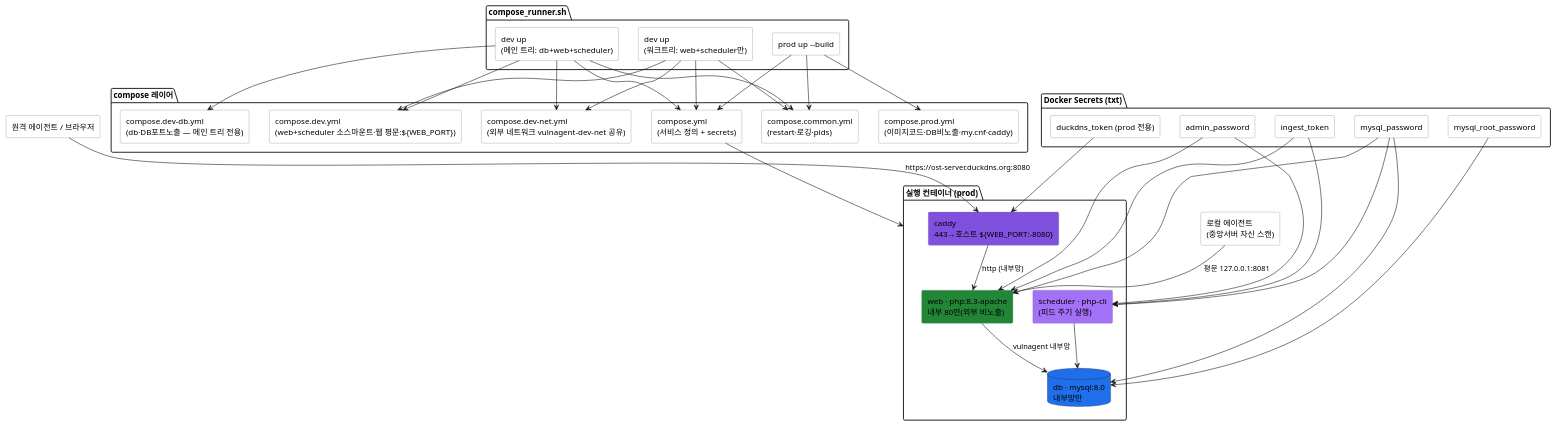
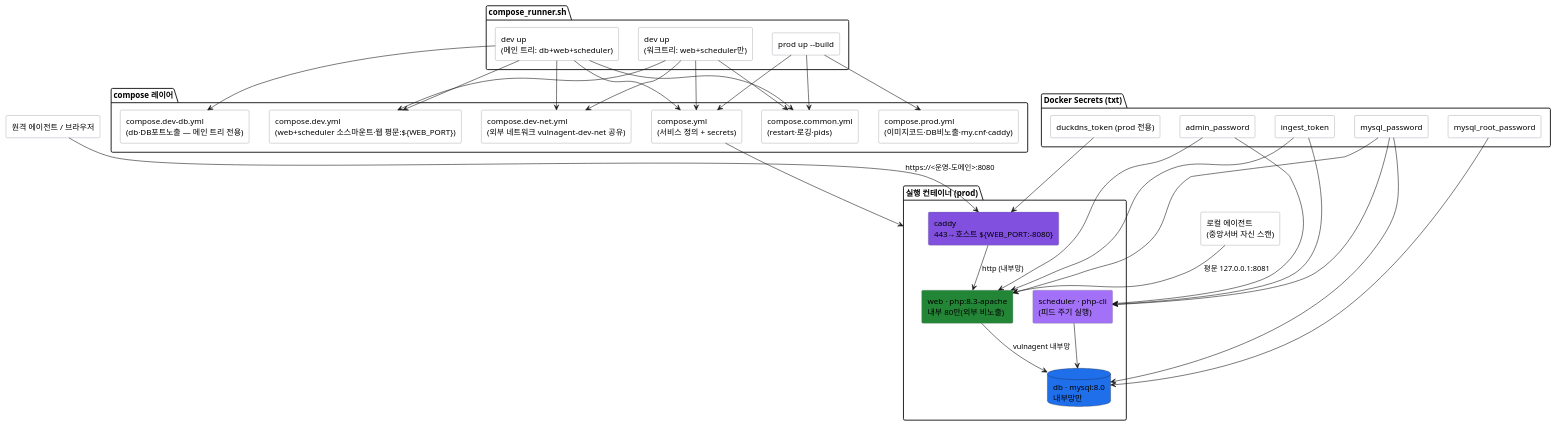
One commit to JeongDoWook/vuln-agent changed the diagram in docs/specs/diagrams/배포구성.puml. Above: the diagram before and after it, drawn with PlantUML. The commit also changed 15 other files, not shown here.

```diff
--- a/docs/specs/diagrams/배포구성.puml
+++ b/docs/specs/diagrams/배포구성.puml
@@ -1,78 +1,78 @@
 @startuml 배포구성
 ' vuln-agent §4 배포 구성 (dev / prod)
 ' 원본: docs/dev/architecture.md §4 (mermaid flowchart TB)
 
 skinparam rectangle {
     BackgroundColor #ffffff
     BorderColor #6e7681
 }
 skinparam databaseBackgroundColor #ffffff
 skinparam shadowing false
 
 package "compose_runner.sh" as Runner {
     rectangle "dev up\n(메인 트리: db+web+scheduler)" as R1
     rectangle "dev up\n(워크트리: web+scheduler만)" as R1W
     rectangle "prod up --build" as R2
 }
 
 package "compose 레이어" as Files {
     rectangle "compose.yml\n(서비스 정의 + secrets)" as F0
     rectangle "compose.common.yml\n(restart·로깅·pids)" as FC
     rectangle "compose.dev.yml\n(web+scheduler 소스마운트·웹 평문:${WEB_PORT})" as FD
     rectangle "compose.dev-db.yml\n(db·DB포트노출 — 메인 트리 전용)" as FDB
     rectangle "compose.dev-net.yml\n(외부 네트워크 vulnagent-dev-net 공유)" as FN
     rectangle "compose.prod.yml\n(이미지코드·DB비노출·my.cnf·caddy)" as FP
 }
 
 package "Docker Secrets (txt)" as Secrets {
     rectangle "mysql_root_password" as S1
     rectangle "mysql_password" as S2
     rectangle "ingest_token" as S3
     rectangle "admin_password" as S4
     rectangle "duckdns_token (prod 전용)" as S5
 }
 
 package "실행 컨테이너 (prod)" as Stack {
     rectangle "caddy\n443→호스트 ${WEB_PORT:-8080}" as CADDY #8250df
     rectangle "web · php:8.3-apache\n내부 80만(외부 비노출)" as WC #238636
     rectangle "scheduler · php-cli\n(피드 주기 실행)" as SCH #a371f7
     database "db · mysql:8.0\n내부망만" as DC #1f6feb
 }
 
 R1 --> F0
 R1 --> FC
 R1 --> FD
 R1 --> FDB
 R1 --> FN
 
 R1W --> F0
 R1W --> FC
 R1W --> FD
 R1W --> FN
 
 R2 --> F0
 R2 --> FC
 R2 --> FP
 
 F0 --> Stack
 
 S5 --> CADDY
 S2 --> WC
 S3 --> WC
 S4 --> WC
 S2 --> SCH
 S3 --> SCH
 S4 --> SCH
 S1 --> DC
 S2 --> DC
 
 rectangle "원격 에이전트 / 브라우저" as REMOTE
 rectangle "로컬 에이전트\n(중앙서버 자신 스캔)" as LOCAL
 
-REMOTE --> CADDY : https://ost-server.duckdns.org:8080
+REMOTE --> CADDY : https://<운영-도메인>:8080
 CADDY --> WC : http (내부망)
 LOCAL --> WC : 평문 127.0.0.1:8081
 WC --> DC : vulnagent 내부망
 SCH --> DC
 
 @enduml
```
